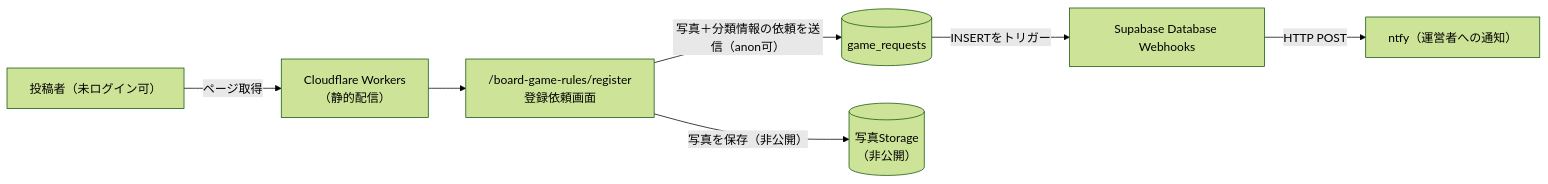
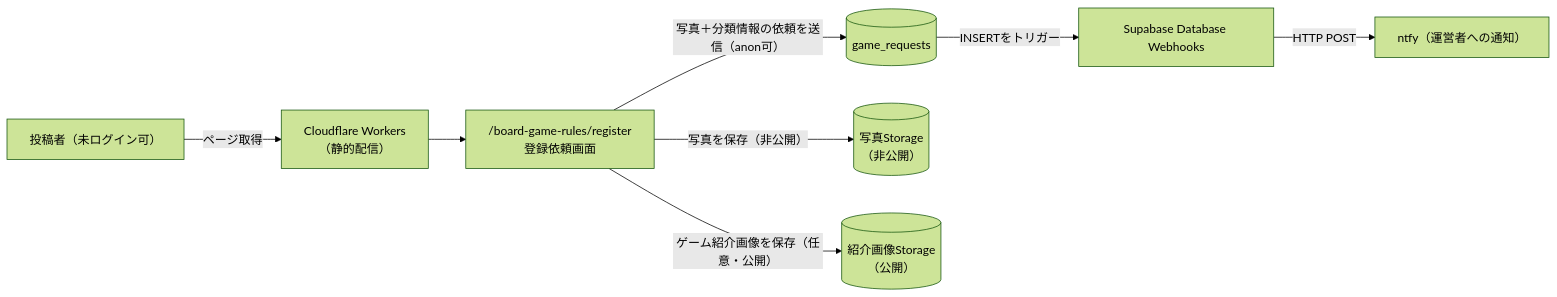
The third of 6 diagrams in specs/board-game-rules/architecture.md (zakiyama0108/benriyatool), drawn with Mermaid (forest theme) before and after one commit. The commit also changed other lines of this file and 15 other files, not shown here.

````diff
--- a/specs/board-game-rules/architecture.md
+++ b/specs/board-game-rules/architecture.md
@@ -68,17 +68,19 @@
 ```mermaid
 flowchart LR
     poster["投稿者（未ログイン可）"]
     cf["Cloudflare Workers<br>（静的配信）"]
     register["/board-game-rules/register<br>登録依頼画面"]
     requestsDb[("game_requests")]
     photosDb[("写真Storage<br>（非公開）")]
+    introPhotosDb[("紹介画像Storage<br>（公開）")]
     webhook["Supabase Database Webhooks"]
     ntfy["ntfy（運営者への通知）"]
 
     poster -->|ページ取得| cf
     cf --> register
     register -->|写真＋分類情報の依頼を送信（anon可）| requestsDb
     register -->|写真を保存（非公開）| photosDb
+    register -->|ゲーム紹介画像を保存（任意・公開）| introPhotosDb
     requestsDb -->|INSERTをトリガー| webhook
     webhook -->|HTTP POST| ntfy
 ```
````
